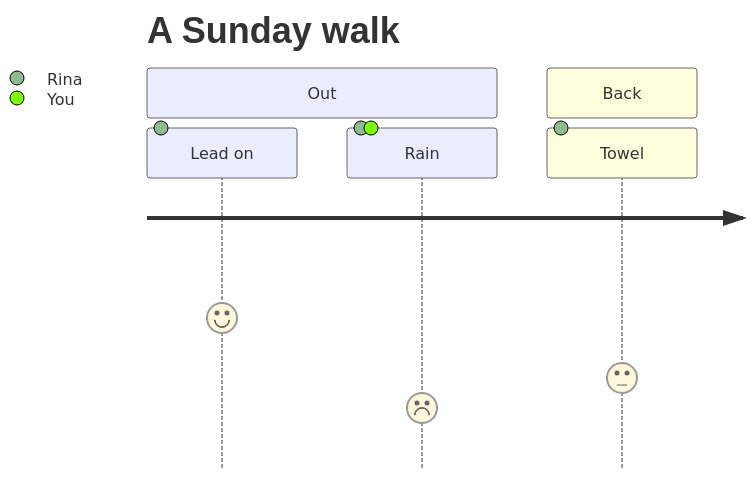
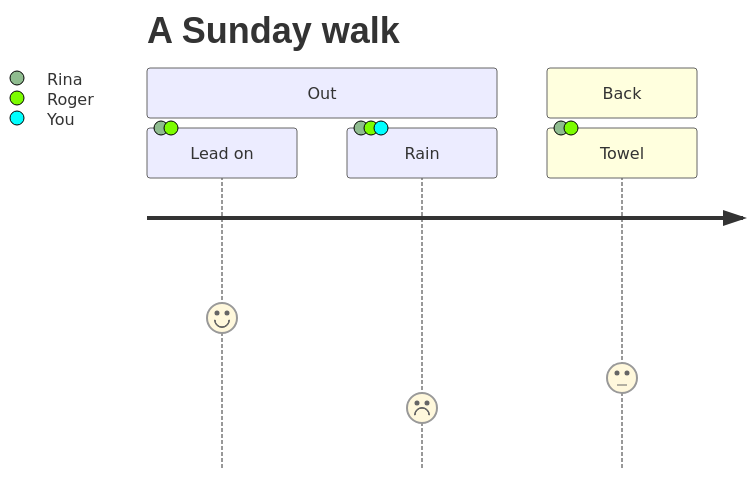
Before and after one commit to rgdevment/Tisty: the eighth of 13 diagrams in app/src-tauri/resources/guide/en/sample.md, drawn with Mermaid. The commit also changed other lines of this file and 4 other files, not shown here.

Commit message:
docs(guide): what Rina and Roger share names them both, while each keeps their own card and photo

````diff
--- a/app/src-tauri/resources/guide/en/sample.md
+++ b/app/src-tauri/resources/guide/en/sample.md
@@ -175,9 +175,9 @@
 ```mermaid
 journey
   title A Sunday walk
   section Out
-    Lead on: 5: Rina
-    Rain: 2: Rina, You
+    Lead on: 5: Rina, Roger
+    Rain: 2: Rina, Roger, You
   section Back
-    Towel: 3: Rina
+    Towel: 3: Rina, Roger
 ```
````
